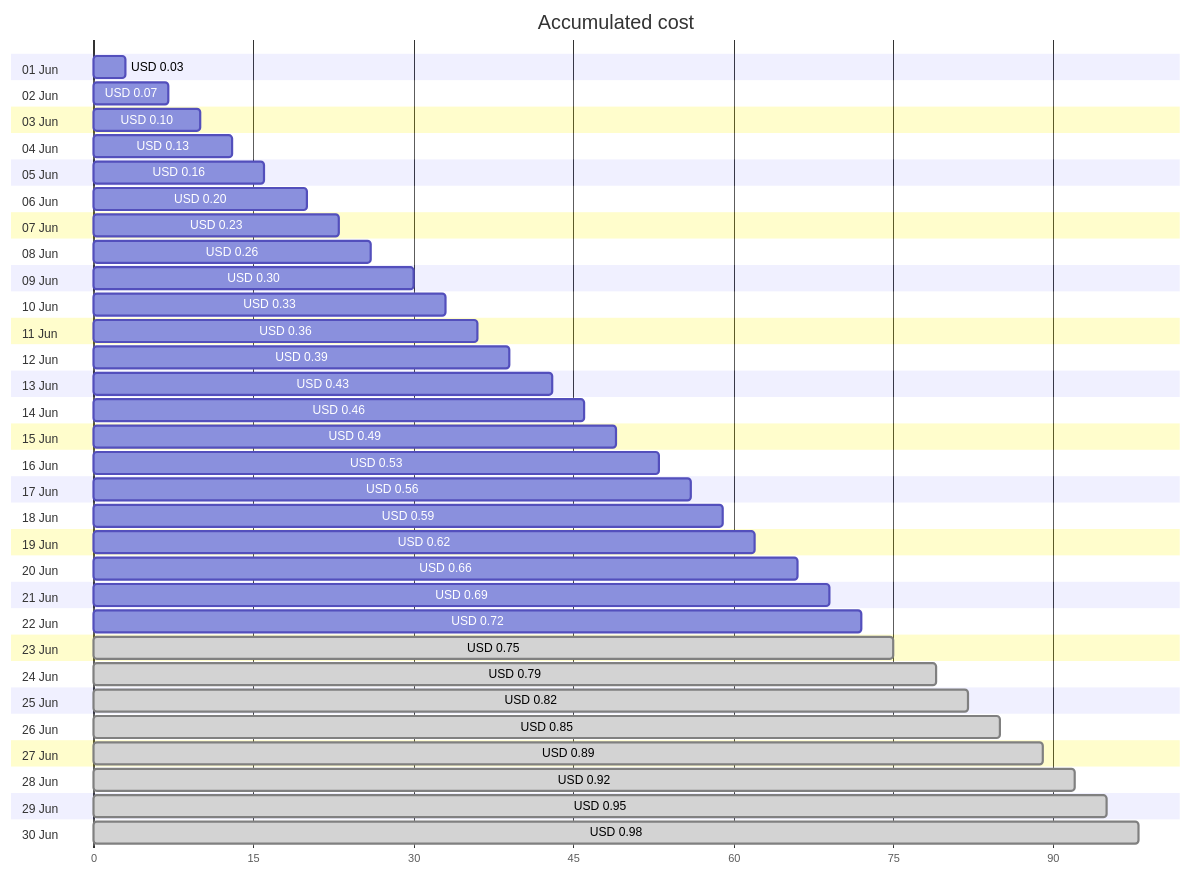
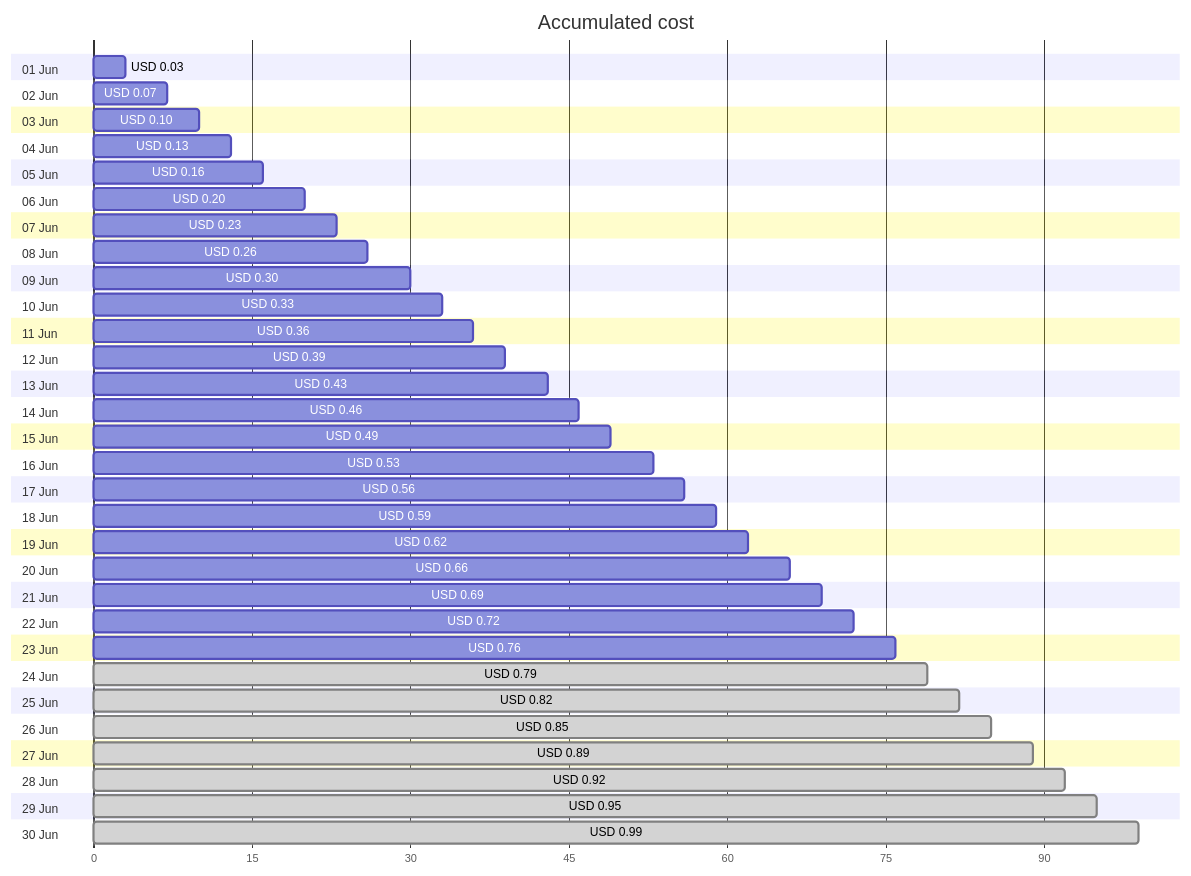
Before and after one commit to jpfulton/azure-personal-reports: the first of 4 diagrams in cost-reports/personal-dns/README.md, drawn with Mermaid. The commit also changed other lines of this file and 2 other files, not shown here.

````diff
--- a/cost-reports/personal-dns/README.md
+++ b/cost-reports/personal-dns/README.md
@@ -20,66 +20,66 @@
 ```mermaid
 gantt
    title Accumulated cost
    dateFormat  X
    axisFormat %s
    section 01 Jun
    USD 0.03 :0, 3
    section 02 Jun
    USD 0.07 :0, 7
    section 03 Jun
    USD 0.10 :0, 10
    section 04 Jun
    USD 0.13 :0, 13
    section 05 Jun
    USD 0.16 :0, 16
    section 06 Jun
    USD 0.20 :0, 20
    section 07 Jun
    USD 0.23 :0, 23
    section 08 Jun
    USD 0.26 :0, 26
    section 09 Jun
    USD 0.30 :0, 30
    section 10 Jun
    USD 0.33 :0, 33
    section 11 Jun
    USD 0.36 :0, 36
    section 12 Jun
    USD 0.39 :0, 39
    section 13 Jun
    USD 0.43 :0, 43
    section 14 Jun
    USD 0.46 :0, 46
    section 15 Jun
    USD 0.49 :0, 49
    section 16 Jun
    USD 0.53 :0, 53
    section 17 Jun
    USD 0.56 :0, 56
    section 18 Jun
    USD 0.59 :0, 59
    section 19 Jun
    USD 0.62 :0, 62
    section 20 Jun
    USD 0.66 :0, 66
    section 21 Jun
    USD 0.69 :0, 69
    section 22 Jun
    USD 0.72 :0, 72
    section 23 Jun
-   USD 0.75 : done, 0, 75
+   USD 0.76 :0, 76
    section 24 Jun
    USD 0.79 : done, 0, 79
    section 25 Jun
    USD 0.82 : done, 0, 82
    section 26 Jun
    USD 0.85 : done, 0, 85
    section 27 Jun
    USD 0.89 : done, 0, 89
    section 28 Jun
    USD 0.92 : done, 0, 92
    section 29 Jun
    USD 0.95 : done, 0, 95
    section 30 Jun
-   USD 0.98 : done, 0, 98
+   USD 0.99 : done, 0, 99
 ```
````
